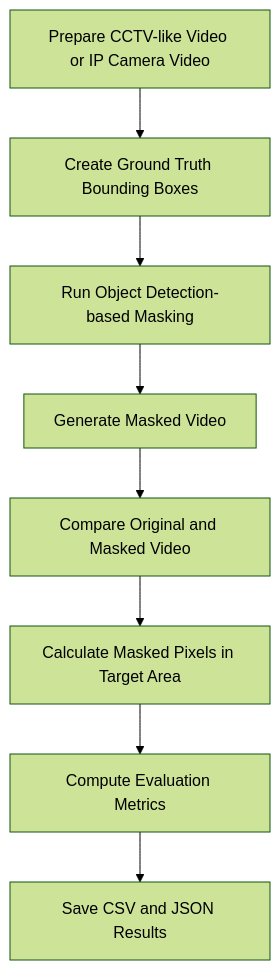
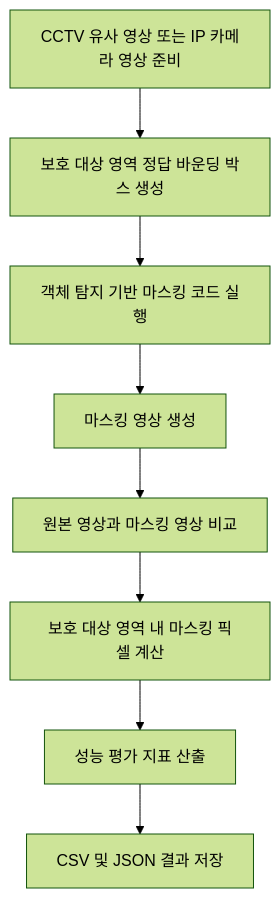
The fifth of 5 diagrams in README.md (Marble2468/ip-camera-hub), drawn with Mermaid (forest theme) before and after one commit. The commit also changed other lines of this file, not shown here.

````diff
--- a/README.md
+++ b/README.md
@@ -263,10 +263,10 @@
 ```mermaid
 flowchart TD
-    A[Prepare CCTV-like Video or IP Camera Video] --> B[Create Ground Truth Bounding Boxes]
-    B --> C[Run Object Detection-based Masking]
-    C --> D[Generate Masked Video]
-    D --> E[Compare Original and Masked Video]
-    E --> F[Calculate Masked Pixels in Target Area]
-    F --> G[Compute Evaluation Metrics]
-    G --> H[Save CSV and JSON Results]
+    A[CCTV 유사 영상 또는 IP 카메라 영상 준비] --> B[보호 대상 영역 정답 바운딩 박스 생성]
+    B --> C[객체 탐지 기반 마스킹 코드 실행]
+    C --> D[마스킹 영상 생성]
+    D --> E[원본 영상과 마스킹 영상 비교]
+    E --> F[보호 대상 영역 내 마스킹 픽셀 계산]
+    F --> G[성능 평가 지표 산출]
+    G --> H[CSV 및 JSON 결과 저장]
 ```
````
